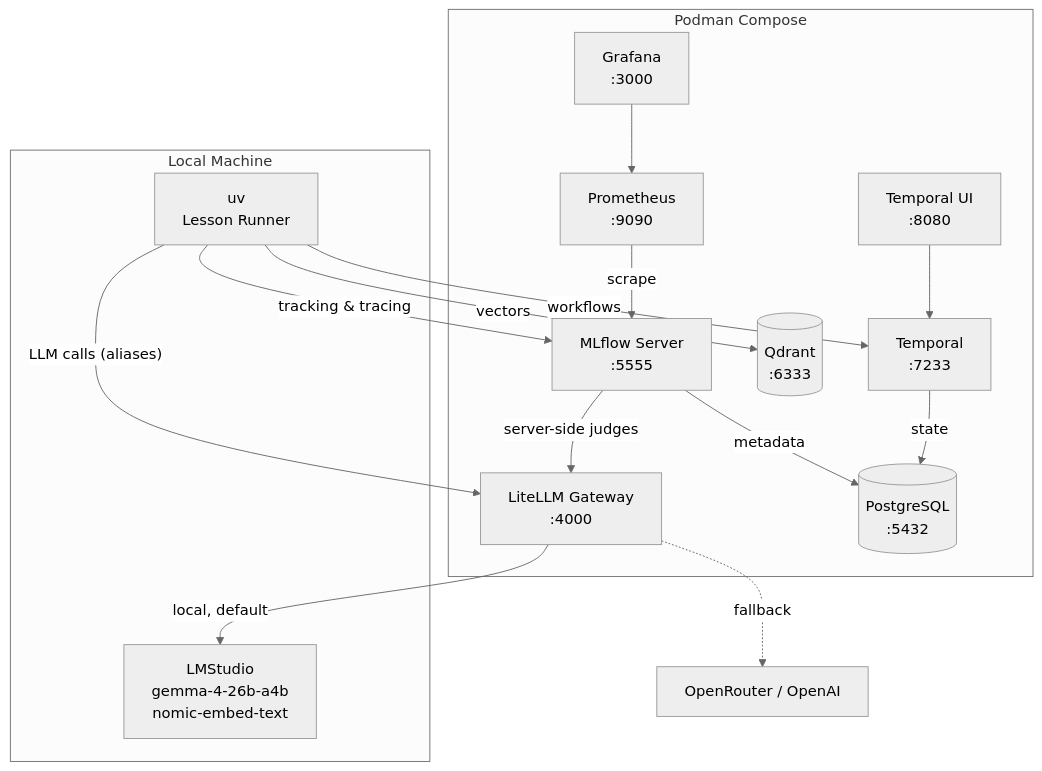
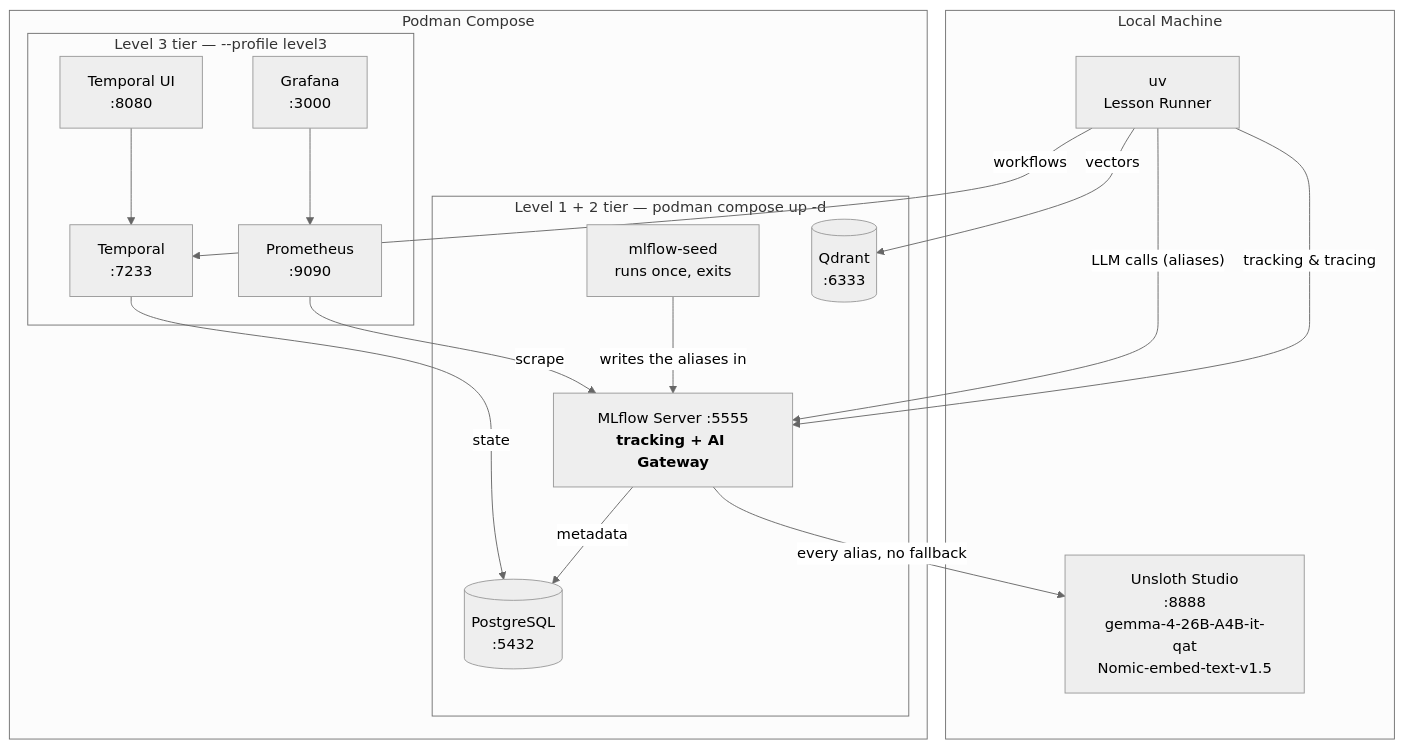
One commit to lukaskellerstein/mlflow-tutorial changed the diagram in README.md. Above: the diagram before and after it, drawn with Mermaid (neutral theme). The commit also changed other lines of this file and 410 other files, not shown here.

First line of the commit message:
Replace LiteLLM proxy with MLflow AI Gateway, restructure L2 (#5)

````diff
--- a/README.md
+++ b/README.md
@@ -23,31 +24,34 @@
 ```mermaid
 graph TD
     subgraph Local Machine
-        LMS[LMStudio<br/>gemma-4-26b-a4b<br/>nomic-embed-text]
+        UNS[Unsloth Studio<br/>:8888<br/>gemma-4-26B-A4B-it-qat<br/>Nomic-embed-text-v1.5]
         UV[uv<br/>Lesson Runner]
     end
 
     subgraph Podman Compose
-        LL[LiteLLM Gateway<br/>:4000]
-        ML[MLflow Server<br/>:5555]
-        PG[(PostgreSQL<br/>:5432)]
-        QD[(Qdrant<br/>:6333)]
-        TMP[Temporal<br/>:7233]
-        TUI[Temporal UI<br/>:8080]
-        GF[Grafana<br/>:3000]
-        PR[Prometheus<br/>:9090]
+        subgraph "Level 1 + 2 tier — podman compose up -d"
+            ML["MLflow Server :5555<br/><b>tracking + AI Gateway</b>"]
+            SEED[mlflow-seed<br/>runs once, exits]
+            PG[(PostgreSQL<br/>:5432)]
+            QD[(Qdrant<br/>:6333)]
+        end
+        subgraph "Level 3 tier — --profile level3"
+            TMP[Temporal<br/>:7233]
+            TUI[Temporal UI<br/>:8080]
+            GF[Grafana<br/>:3000]
+            PR[Prometheus<br/>:9090]
+        end
     end
 
     UV -->|tracking & tracing| ML
-    UV -->|"LLM calls (aliases)"| LL
-    LL -->|local, default| LMS
-    LL -.->|fallback| OR[OpenRouter / OpenAI]
-    ML -->|"server-side judges"| LL
+    UV -->|"LLM calls (aliases)"| ML
+    SEED -->|"writes the aliases in"| ML
+    ML -->|"every alias, no fallback"| UNS
     UV -->|vectors| QD
     UV -->|workflows| TMP
     ML -->|metadata| PG
     TMP -->|state| PG
     TUI --> TMP
     GF --> PR
     PR -->|scrape| ML
 ```
````
